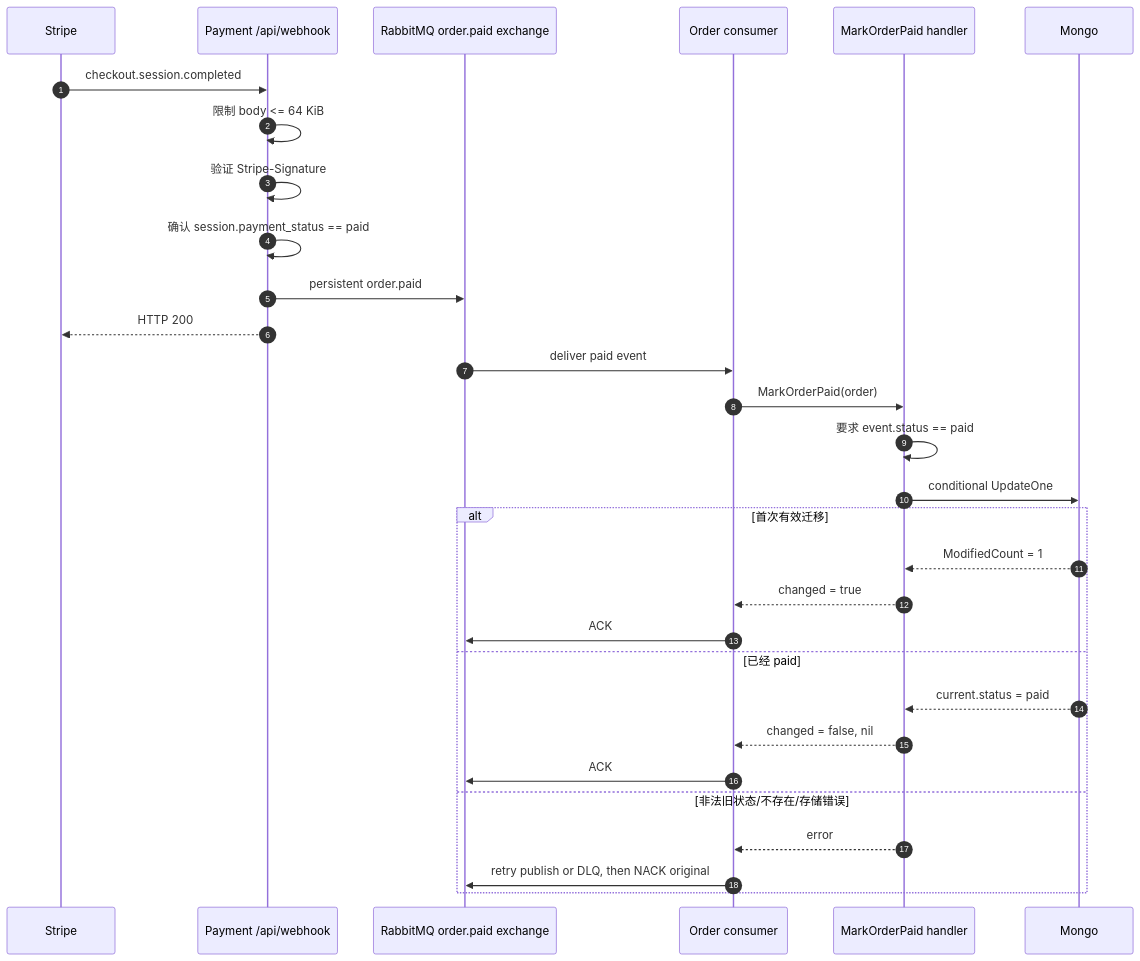
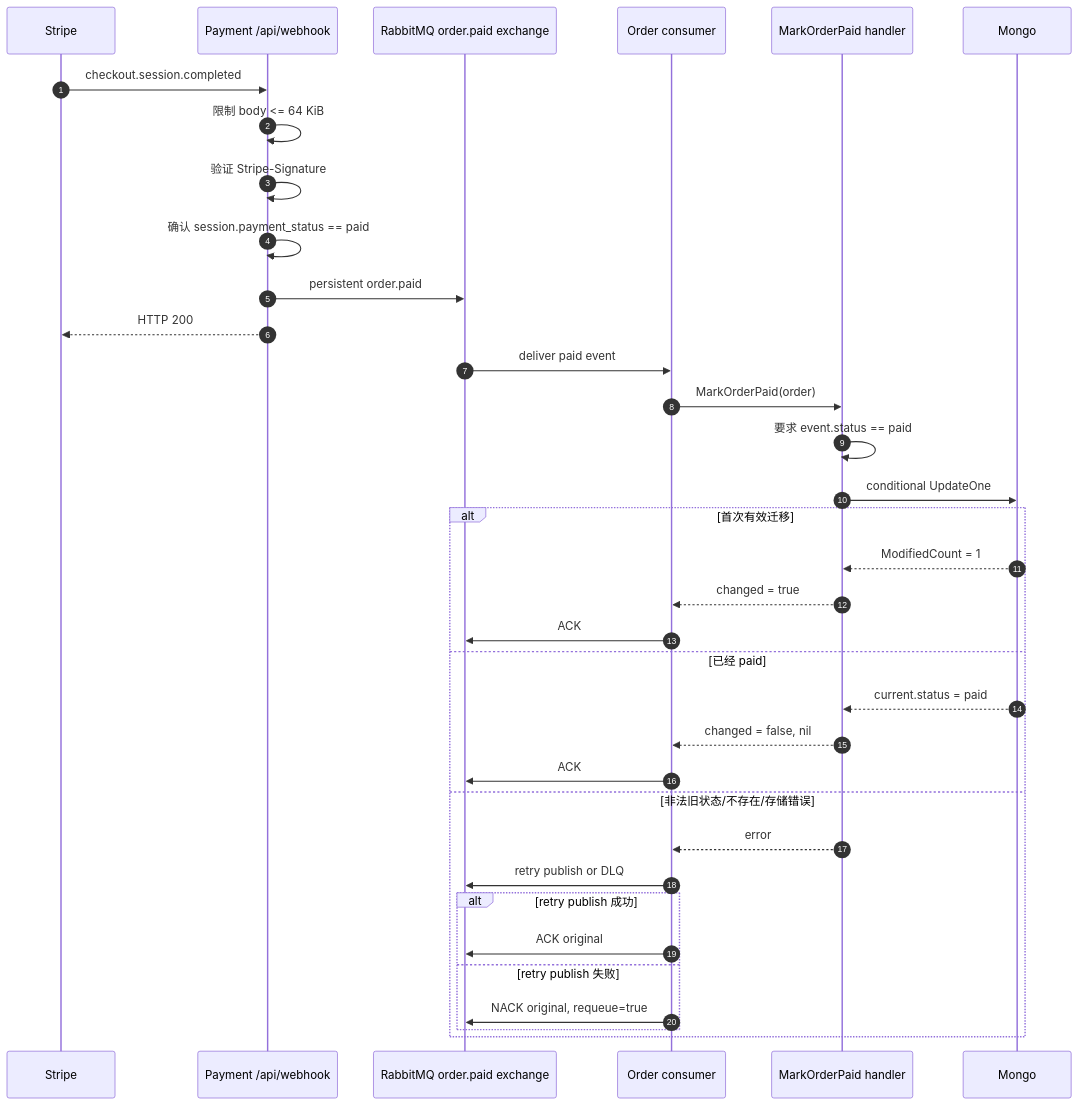
One commit to jiahuipaung/gorder changed the fourth of 5 diagrams in docs/architecture/business-flow.md. Above: the diagram before and after it, drawn with Mermaid. The commit also changed other lines of this file and 8 other files, not shown here.

````diff
--- a/docs/architecture/business-flow.md
+++ b/docs/architecture/business-flow.md
@@ -154,33 +163,38 @@
 ```mermaid
 sequenceDiagram
     autonumber
     participant Stripe
     participant Webhook as Payment /api/webhook
     participant MQ as RabbitMQ order.paid exchange
     participant OrderConsumer as Order consumer
     participant OrderApp as MarkOrderPaid handler
     participant Mongo
 
     Stripe->>Webhook: checkout.session.completed
     Webhook->>Webhook: 限制 body <= 64 KiB
     Webhook->>Webhook: 验证 Stripe-Signature
     Webhook->>Webhook: 确认 session.payment_status == paid
     Webhook->>MQ: persistent order.paid
     Webhook-->>Stripe: HTTP 200
     MQ->>OrderConsumer: deliver paid event
     OrderConsumer->>OrderApp: MarkOrderPaid(order)
     OrderApp->>OrderApp: 要求 event.status == paid
     OrderApp->>Mongo: conditional UpdateOne
     alt 首次有效迁移
         Mongo-->>OrderApp: ModifiedCount = 1
         OrderApp-->>OrderConsumer: changed = true
         OrderConsumer->>MQ: ACK
     else 已经 paid
         Mongo-->>OrderApp: current.status = paid
         OrderApp-->>OrderConsumer: changed = false, nil
         OrderConsumer->>MQ: ACK
     else 非法旧状态/不存在/存储错误
         OrderApp-->>OrderConsumer: error
-        OrderConsumer->>MQ: retry publish or DLQ, then NACK original
+        OrderConsumer->>MQ: retry publish or DLQ
+        alt retry publish 成功
+            OrderConsumer->>MQ: ACK original
+        else retry publish 失败
+            OrderConsumer->>MQ: NACK original, requeue=true
+        end
     end
 ```
````
